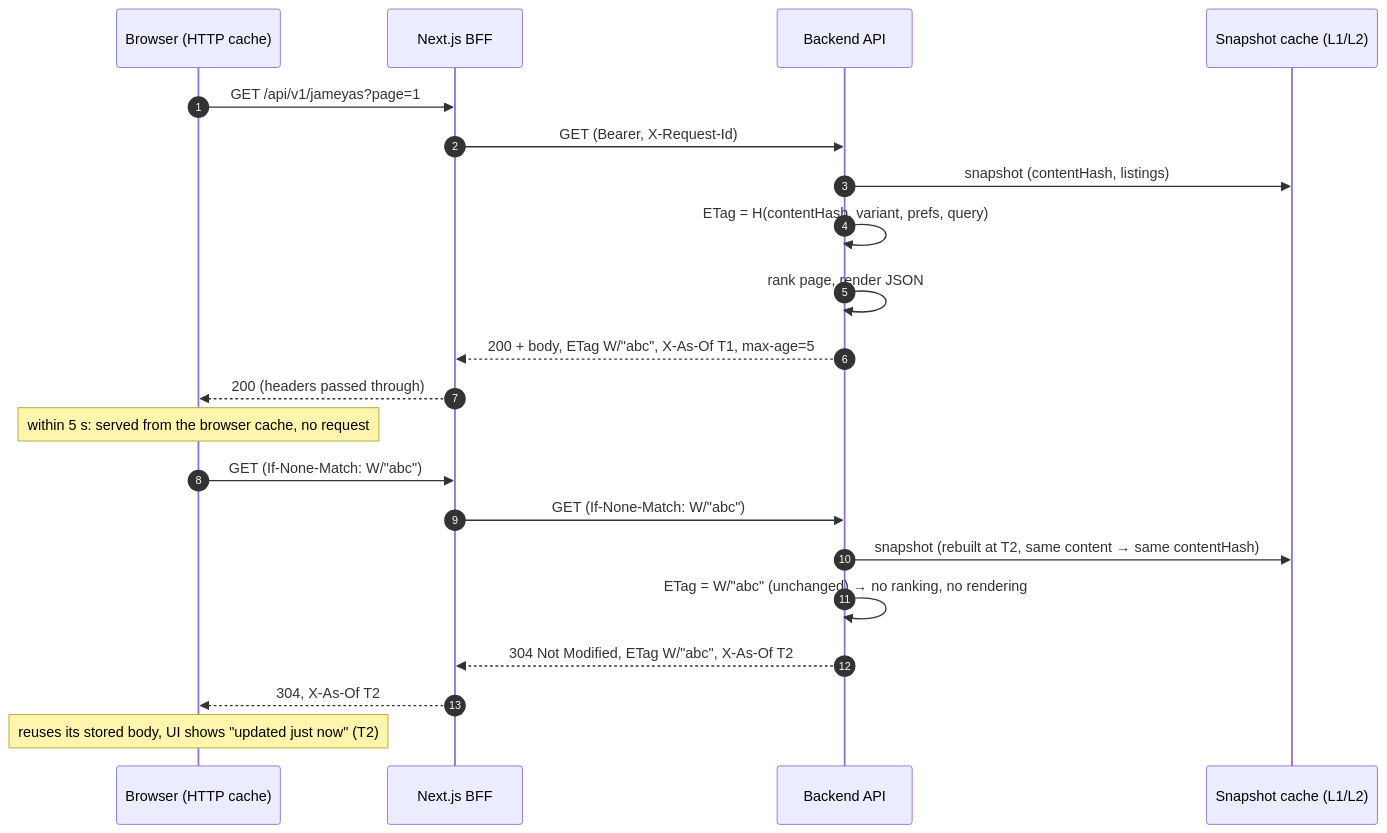
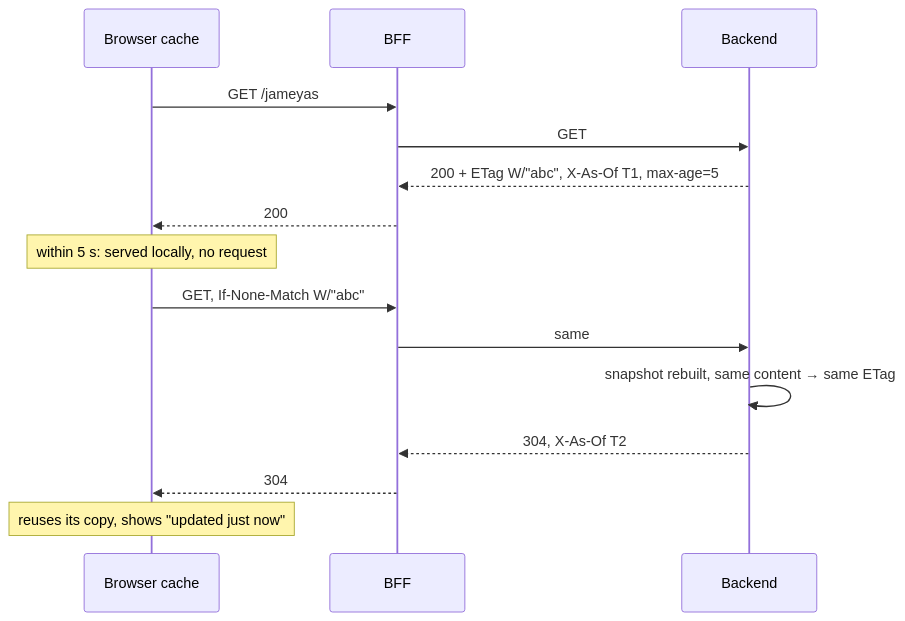
The diagram in docs/performance/caching.md (ehamamrah/Pokunity), drawn with Mermaid before and after one commit. The commit also changed other lines of this file and 12 other files, not shown here.

Commit message:
Shorten architecture, frontend and performance docs

````diff
--- a/docs/performance/caching.md
+++ b/docs/performance/caching.md
@@ -91,23 +39,17 @@
 ```mermaid
 sequenceDiagram
-  autonumber
-  participant B as Browser (HTTP cache)
-  participant F as Next.js BFF
-  participant A as Backend API
-  participant C as Snapshot cache (L1/L2)
-  B->>F: GET /api/v1/jameyas?page=1
-  F->>A: GET (Bearer, X-Request-Id)
-  A->>C: snapshot (contentHash, listings)
-  A->>A: ETag = H(contentHash, variant, prefs, query)
-  A->>A: rank page, render JSON
-  A-->>F: 200 + body, ETag W/"abc", X-As-Of T1, max-age=5
-  F-->>B: 200 (headers passed through)
-  Note over B: within 5 s: served from the browser cache, no request
-  B->>F: GET (If-None-Match: W/"abc")
-  F->>A: GET (If-None-Match: W/"abc")
-  A->>C: snapshot (rebuilt at T2, same content → same contentHash)
-  A->>A: ETag = W/"abc" (unchanged) → no ranking, no rendering
-  A-->>F: 304 Not Modified, ETag W/"abc", X-As-Of T2
-  F-->>B: 304, X-As-Of T2
-  Note over B: reuses its stored body, UI shows "updated just now" (T2)
+  participant B as Browser cache
+  participant F as BFF
+  participant A as Backend
+  B->>F: GET /jameyas
+  F->>A: GET
+  A-->>F: 200 + ETag W/"abc", X-As-Of T1, max-age=5
+  F-->>B: 200
+  Note over B: within 5 s: served locally, no request
+  B->>F: GET, If-None-Match W/"abc"
+  F->>A: same
+  A->>A: snapshot rebuilt, same content → same ETag
+  A-->>F: 304, X-As-Of T2
+  F-->>B: 304
+  Note over B: reuses its copy, shows "updated just now"
 ```
````
